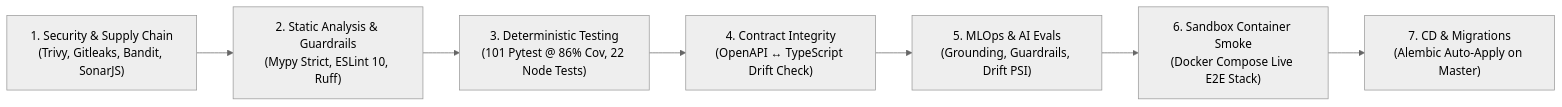
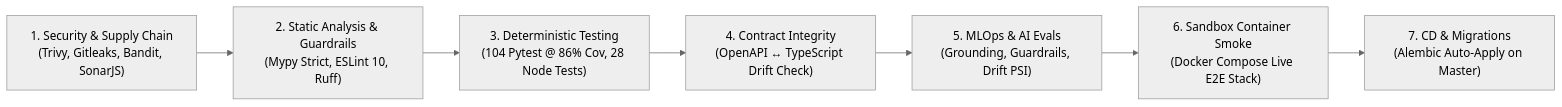
Before and after one commit to thiago-terceiro/sentinelflow: the diagram in sentinelflow/OVERVIEW.md, drawn with Mermaid (neutral theme). The commit also changed other lines of this file and 2 other files, not shown here.

````diff
--- a/sentinelflow/OVERVIEW.md
+++ b/sentinelflow/OVERVIEW.md
@@ -9,9 +9,9 @@
 ```mermaid
 flowchart LR
     A["1. Security & Supply Chain\n(Trivy, Gitleaks, Bandit, SonarJS)"] --> B["2. Static Analysis & Guardrails\n(Mypy Strict, ESLint 10, Ruff)"]
-    B --> C["3. Deterministic Testing\n(101 Pytest @ 86% Cov, 22 Node Tests)"]
+    B --> C["3. Deterministic Testing\n(104 Pytest @ 86% Cov, 28 Node Tests)"]
     C --> D["4. Contract Integrity\n(OpenAPI ↔ TypeScript Drift Check)"]
     D --> E["5. MLOps & AI Evals\n(Grounding, Guardrails, Drift PSI)"]
     E --> F["6. Sandbox Container Smoke\n(Docker Compose Live E2E Stack)"]
     F --> G["7. CD & Migrations\n(Alembic Auto-Apply on Master)"]
 ```
````
